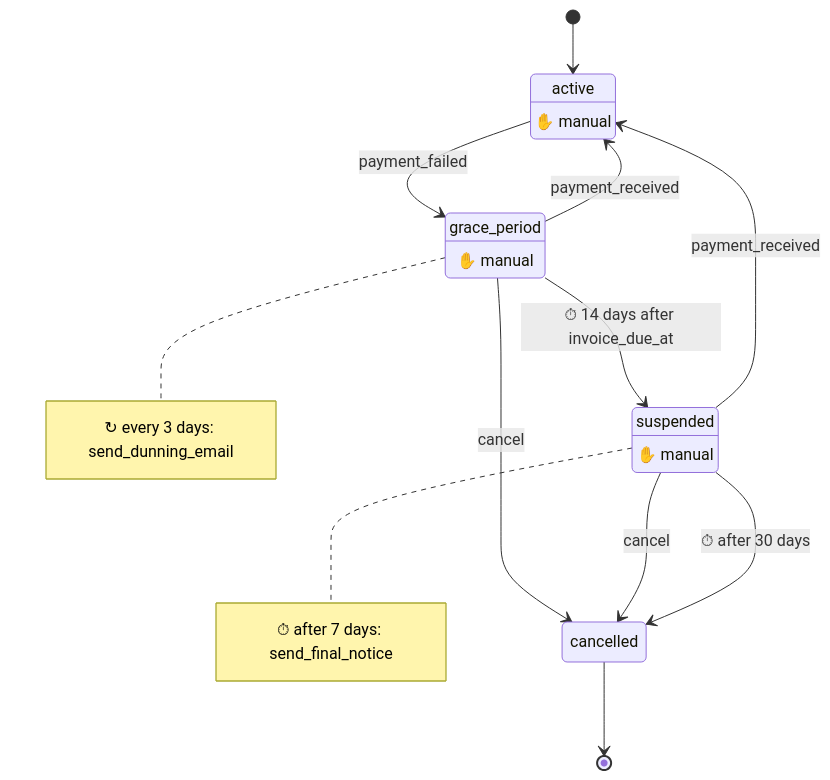
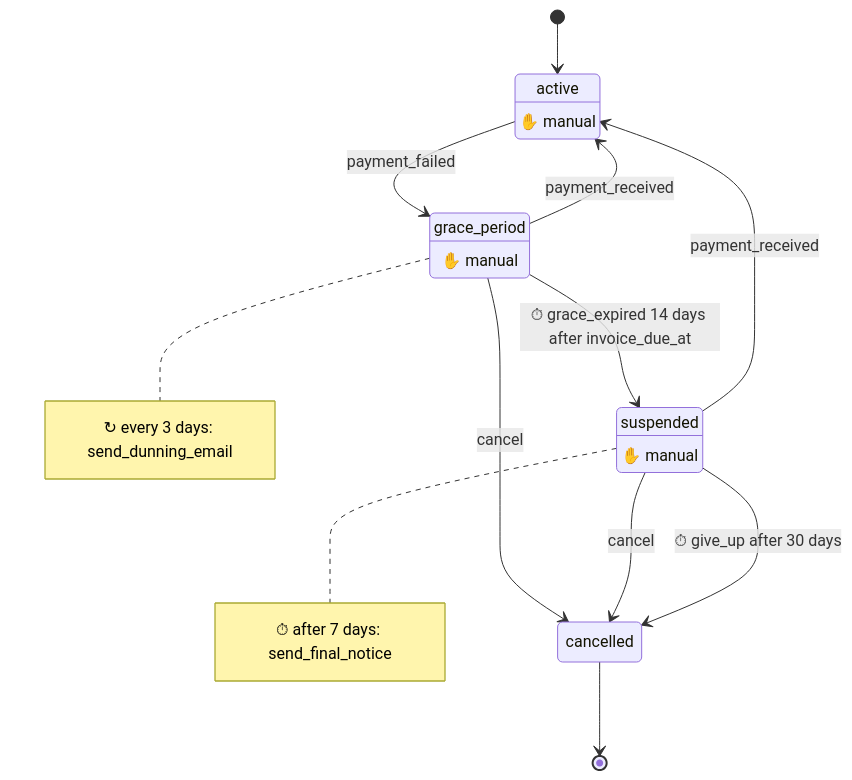
One commit to team-alembic/ash_workflow changed the third of 4 diagrams in documentation/topics/diagrams.md. Above: the diagram before and after it, drawn with Mermaid. The commit also changed other lines of this file and 3 other files, not shown here.

First line of the commit message:
feat: name the timeout on Mermaid timeout edges

````diff
--- a/documentation/topics/diagrams.md
+++ b/documentation/topics/diagrams.md
@@ -228,25 +228,25 @@
 ```mermaid
 stateDiagram-v2
     state "active" as step_active
     step_active : ✋ manual
     state "grace_period" as step_grace_period
     step_grace_period : ✋ manual
     state "suspended" as step_suspended
     step_suspended : ✋ manual
     state "cancelled" as step_cancelled
     [*] --> step_active
     step_active --> step_grace_period: payment_failed
     step_grace_period --> step_active: payment_received
     step_grace_period --> step_cancelled: cancel
-    step_grace_period --> step_suspended: ⏱ 14 days after invoice_due_at
+    step_grace_period --> step_suspended: ⏱ grace_expired 14 days after invoice_due_at
     step_suspended --> step_active: payment_received
     step_suspended --> step_cancelled: cancel
-    step_suspended --> step_cancelled: ⏱ after 30 days
+    step_suspended --> step_cancelled: ⏱ give_up after 30 days
     note right of step_grace_period
         ↻ every 3 days: send_dunning_email
     end note
     note right of step_suspended
         ⏱ after 7 days: send_final_notice
     end note
     step_cancelled --> [*]
 ```
````
